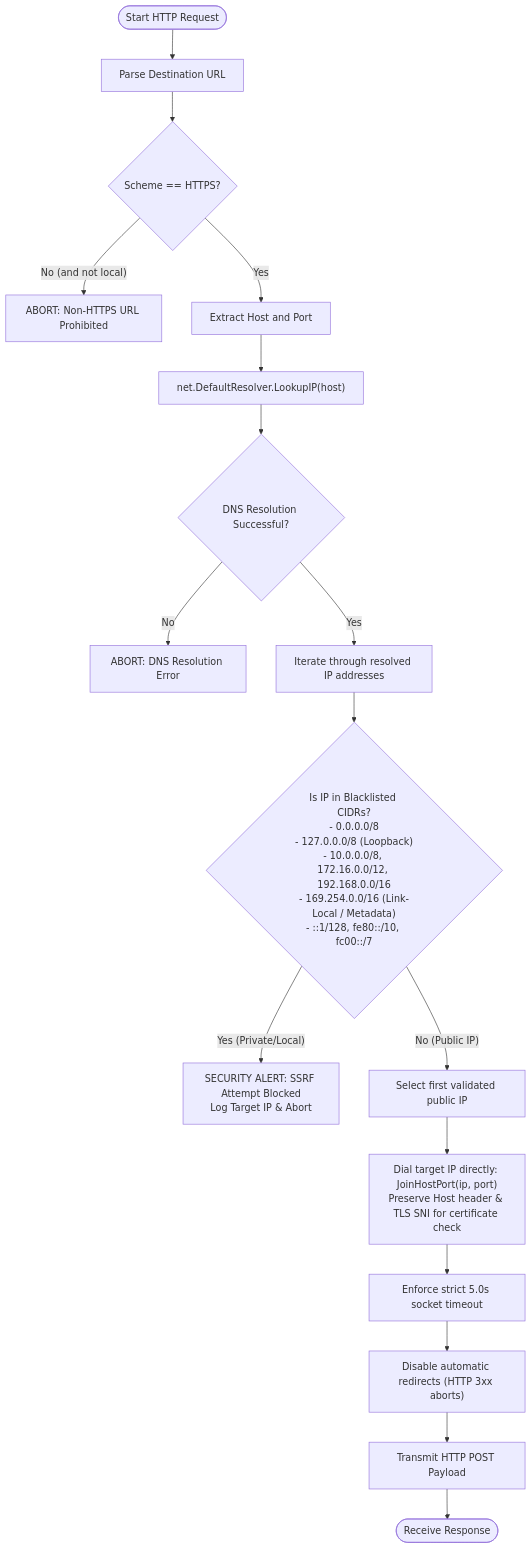
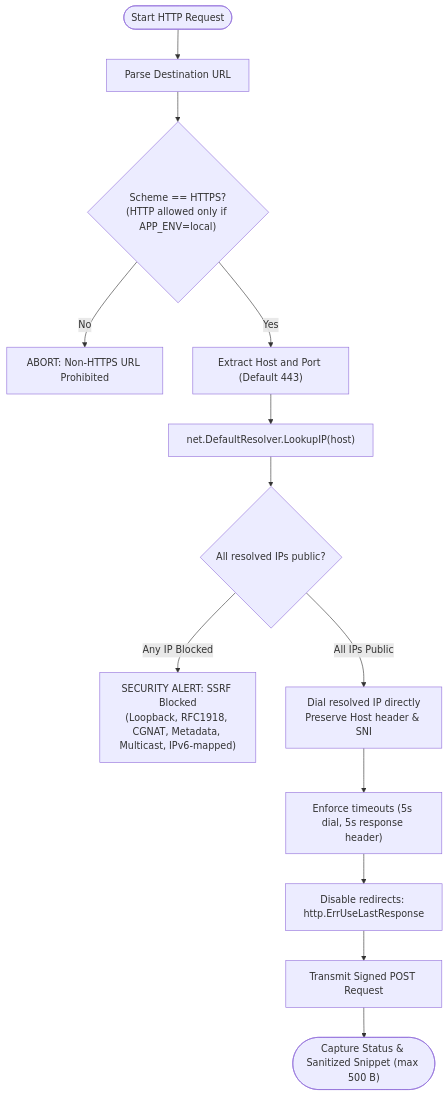
One commit to phantomTroupeEAD/SwiftDrop changed the seventh of 8 diagrams in docs/drafts/member-08-events-messaging/doc-02-functional-flows-and-business-rules.md. Above: the diagram before and after it, drawn with Mermaid. The commit also changed other lines of this file and 13 other files, not shown here.

````diff
--- a/docs/drafts/member-08-events-messaging/doc-02-functional-flows-and-business-rules.md
+++ b/docs/drafts/member-08-events-messaging/doc-02-functional-flows-and-business-rules.md
@@ -293,24 +292,19 @@
 ```mermaid
 flowchart TD
     Start(["Start HTTP Request"]) --> ParseURL["Parse Destination URL"]
-    ParseURL --> CheckScheme{"Scheme == HTTPS?"}
+    ParseURL --> CheckScheme{"Scheme == HTTPS?<br/>(HTTP allowed only if APP_ENV=local)"}
     
-    CheckScheme -- No (and not local) --> BlockScheme["ABORT: Non-HTTPS URL Prohibited"]
-    CheckScheme -- Yes --> SplitHost["Extract Host and Port"]
+    CheckScheme -- No --> BlockScheme["ABORT: Non-HTTPS URL Prohibited"]
+    CheckScheme -- Yes --> SplitHost["Extract Host and Port (Default 443)"]
     
     SplitHost --> ResolveDNS["net.DefaultResolver.LookupIP(host)"]
-    ResolveDNS --> DNSCheck{"DNS Resolution Successful?"}
-    DNSCheck -- No --> DNSFail["ABORT: DNS Resolution Error"]
+    ResolveDNS --> DNSCheck{"All resolved IPs public?"}
     
-    DNSCheck -- Yes --> LoopIPs["Iterate through resolved IP addresses"]
-    LoopIPs --> CheckCIDR{"Is IP in Blacklisted CIDRs?<br/>- 0.0.0.0/8<br/>- 127.0.0.0/8 (Loopback)<br/>- 10.0.0.0/8, 172.16.0.0/12, 192.168.0.0/16<br/>- 169.254.0.0/16 (Link-Local / Metadata)<br/>- ::1/128, fe80::/10, fc00::/7"}
+    DNSCheck -- Any IP Blocked --> BlockSSRF["SECURITY ALERT: SSRF Blocked<br/>(Loopback, RFC1918, CGNAT, Metadata, Multicast, IPv6-mapped)"]
+    DNSCheck -- All IPs Public --> DirectDial["Dial resolved IP directly<br/>Preserve Host header & SNI"]
     
-    CheckCIDR -- Yes (Private/Local) --> BlockSSRF["SECURITY ALERT: SSRF Attempt Blocked<br/>Log Target IP & Abort"]
-    CheckCIDR -- No (Public IP) --> SelectIP["Select first validated public IP"]
-    
-    SelectIP --> DirectDial["Dial target IP directly: JoinHostPort(ip, port)<br/>Preserve Host header & TLS SNI for certificate check"]
-    DirectDial --> SetTimeout["Enforce strict 5.0s socket timeout"]
-    SetTimeout --> DisableRedirects["Disable automatic redirects (HTTP 3xx aborts)"]
-    DisableRedirects --> Transmit["Transmit HTTP POST Payload"]
-    Transmit --> End(["Receive Response"])
+    DirectDial --> SetTimeout["Enforce timeouts (5s dial, 5s response header)"]
+    SetTimeout --> DisableRedirects["Disable redirects: http.ErrUseLastResponse"]
+    DisableRedirects --> Transmit["Transmit Signed POST Request"]
+    Transmit --> End(["Capture Status & Sanitized Snippet (max 500 B)"])
 ```
````
